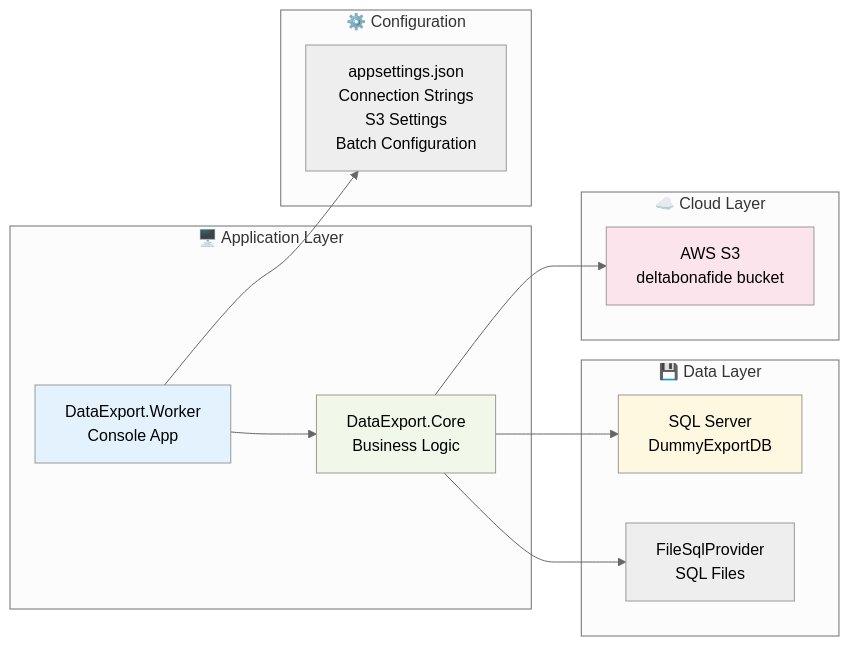
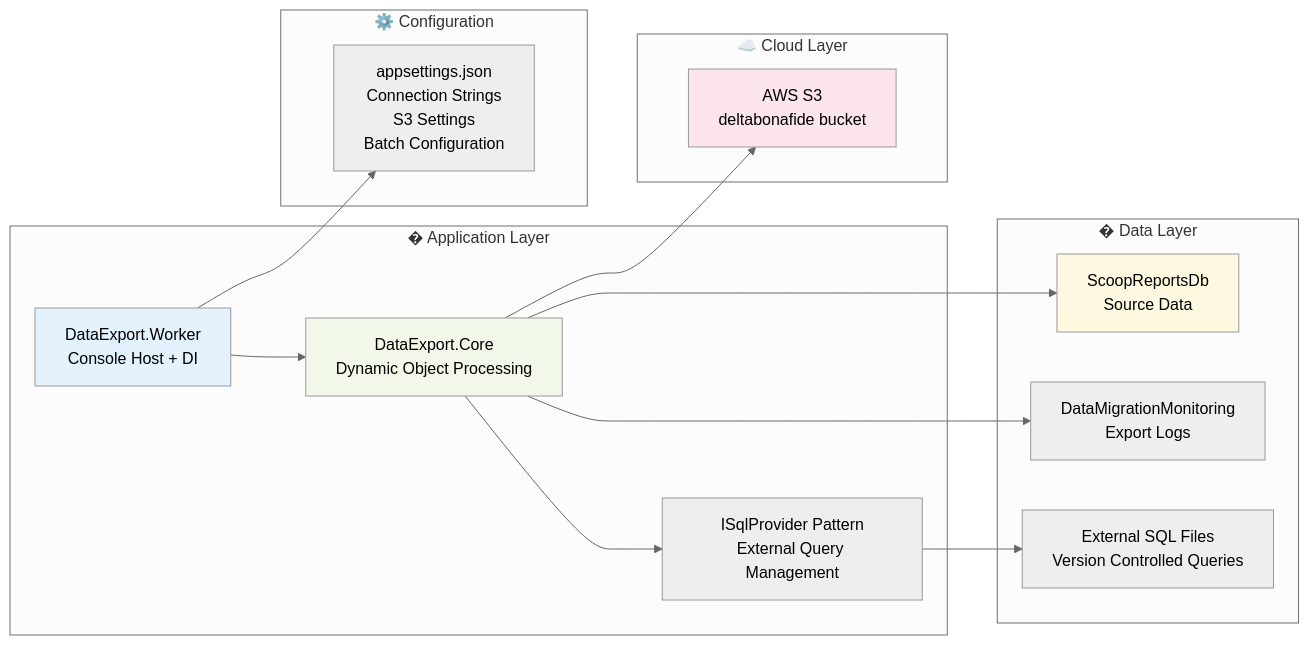
One commit to ruizwau/ExportDocuments changed the second of 2 diagrams in docs/process-flow-diagram.md. Above: the diagram before and after it, drawn with Mermaid (neutral theme). The commit also changed other lines of this file and 17 other files, not shown here.

First line of the commit message:
Major update: External SQL management, dedicated monitoring DB, updated documentation

````diff
--- a/docs/process-flow-diagram.md
+++ b/docs/process-flow-diagram.md
@@ -67,31 +72,35 @@
 ```mermaid
 graph LR
-    subgraph "🖥️ Application Layer"
-        A1[DataExport.Worker<br/>Console App]
-        A2[DataExport.Core<br/>Business Logic]
+    subgraph "� Application Layer"
+        A1[DataExport.Worker<br/>Console Host + DI]
+        A2[DataExport.Core<br/>Dynamic Object Processing]
+        A3[ISqlProvider Pattern<br/>External Query Management]
     end
     
-    subgraph "💾 Data Layer"
-        D1[SQL Server<br/>DummyExportDB]
-        D2[FileSqlProvider<br/>SQL Files]
+    subgraph "�️ Data Layer"
+        D1[ScoopReportsDb<br/>Source Data]
+        D2[DataMigrationMonitoring<br/>Export Logs]
+        D3[External SQL Files<br/>Version Controlled Queries]
     end
     
     subgraph "☁️ Cloud Layer"
         C1[AWS S3<br/>deltabonafide bucket]
     end
     
     subgraph "⚙️ Configuration"
         CF1[appsettings.json<br/>Connection Strings<br/>S3 Settings<br/>Batch Configuration]
     end
     
     A1 --> A2
+    A2 --> A3
+    A3 --> D3
     A2 --> D1
     A2 --> D2
     A2 --> C1
     A1 --> CF1
     
     style A1 fill:#e3f2fd
     style A2 fill:#f1f8e9
     style D1 fill:#fff8e1
     style C1 fill:#fce4ec
 ```
````
